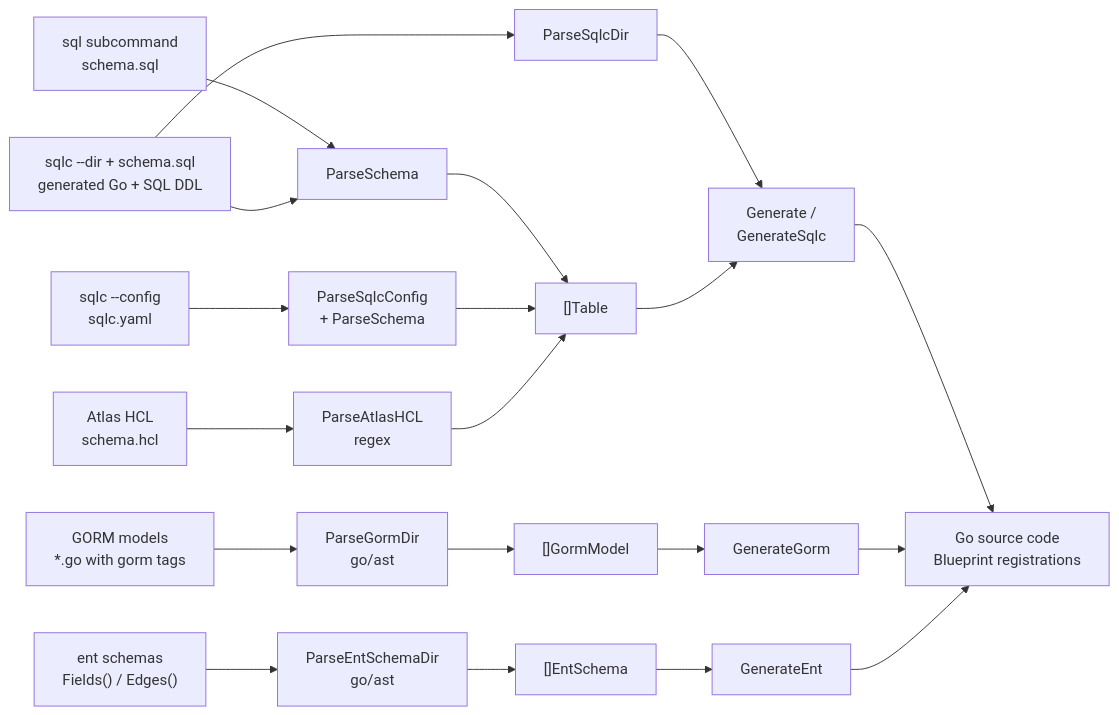
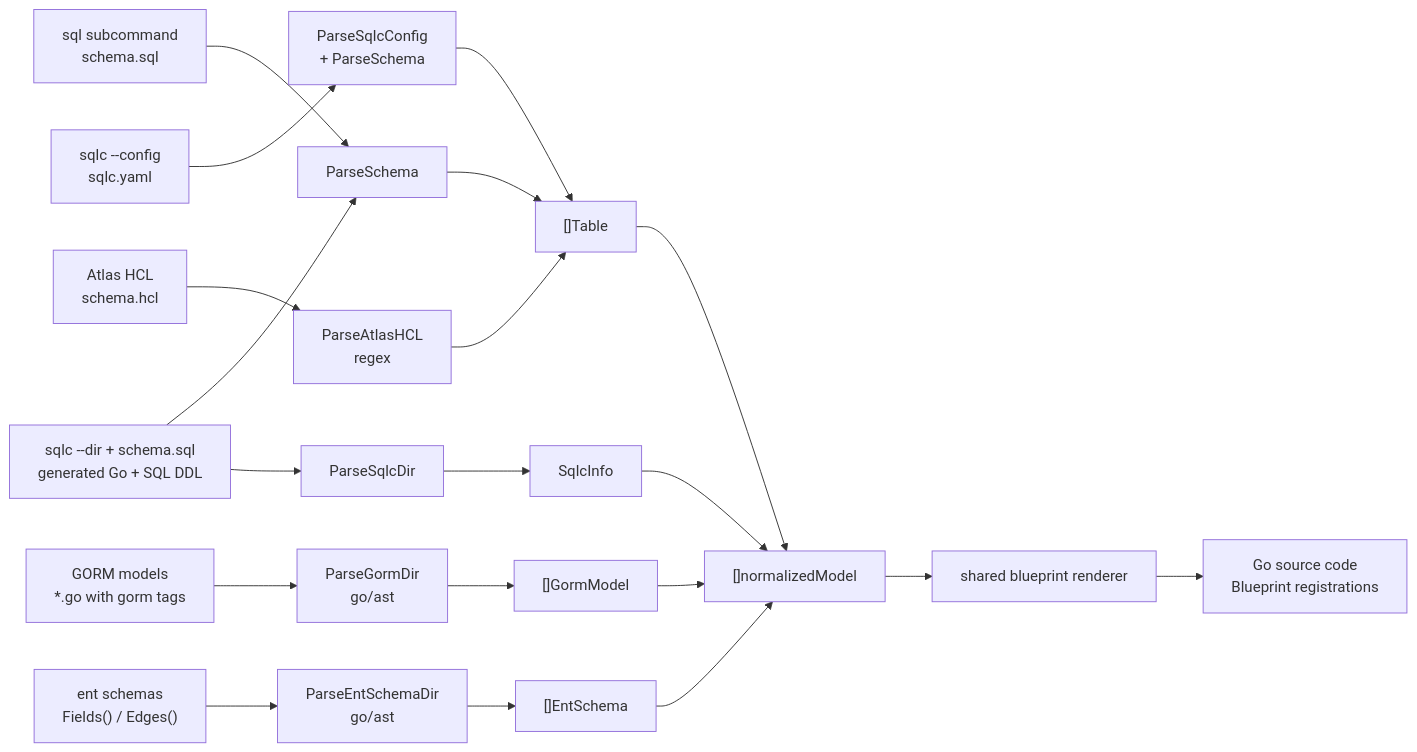
One commit to mhiro2/seedling changed the fourth of 4 diagrams in ARCHITECTURE.md. Above: the diagram before and after it, drawn with Mermaid. The commit also changed other lines of this file and 4 other files, not shown here.

````diff
--- a/ARCHITECTURE.md
+++ b/ARCHITECTURE.md
@@ -152,26 +152,26 @@
 ```mermaid
 flowchart LR
     SQL["sql subcommand<br/>schema.sql"] --> Parse["ParseSchema"]
     SQLCConfig["sqlc --config<br/>sqlc.yaml"] --> ParseC["ParseSqlcConfig<br/>+ ParseSchema"]
     SQLCManual["sqlc --dir + schema.sql<br/>generated Go + SQL DDL"] --> Parse
     SQLCManual --> ParseSqlc["ParseSqlcDir"]
     GORM["GORM models<br/>*.go with gorm tags"] --> ParseG["ParseGormDir<br/>go/ast"]
     ENT["ent schemas<br/>Fields() / Edges()"] --> ParseE["ParseEntSchemaDir<br/>go/ast"]
     ATLAS["Atlas HCL<br/>schema.hcl"] --> ParseA["ParseAtlasHCL<br/>regex"]
 
     Parse --> T["[]Table"]
     ParseC --> T
     ParseA --> T
 
     ParseG --> GM["[]GormModel"]
     ParseE --> ES["[]EntSchema"]
-    ParseSqlc --> Gen["Generate /<br/>GenerateSqlc"]
+    ParseSqlc --> SQLC["SqlcInfo"]
 
-    T --> Gen["Generate /<br/>GenerateSqlc"]
-    GM --> GenG["GenerateGorm"]
-    ES --> GenE["GenerateEnt"]
+    T --> IR["[]normalizedModel"]
+    GM --> IR
+    ES --> IR
+    SQLC --> IR
 
-    Gen --> Out["Go source code<br/>Blueprint registrations"]
-    GenG --> Out
-    GenE --> Out
+    IR --> Render["shared blueprint renderer"]
+    Render --> Out["Go source code<br/>Blueprint registrations"]
 ```
````
